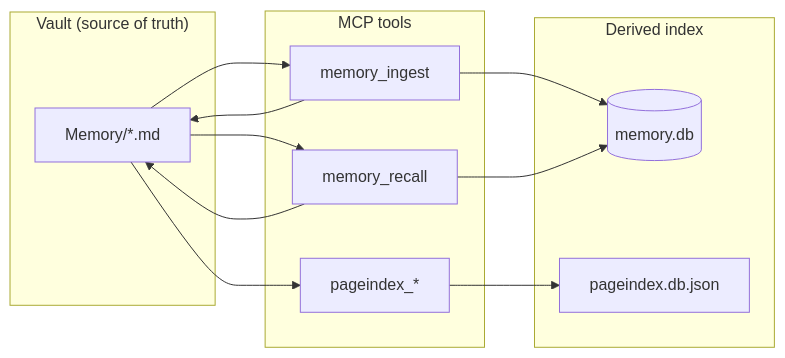
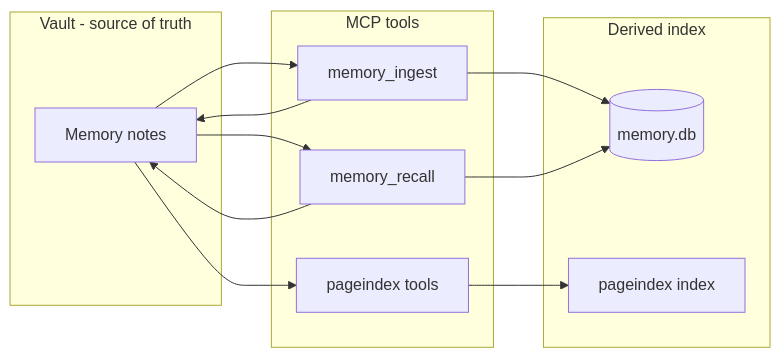
The diagram in website/src/app/learn/memory/page.mdx (danielsmithdevelopment/ClawQL), drawn with Mermaid before and after one commit.

Commit message:
fix(docs): simplify memory architecture mermaid diagram labels
Special characters in node labels (glob asterisk, quoted cylinder
syntax) caused Mermaid to fail under securityLevel strict. Match the
label style used on other learn pages that render successfully.

````diff
--- a/website/src/app/learn/memory/page.mdx
+++ b/website/src/app/learn/memory/page.mdx
@@ -51,23 +51,23 @@
 ```mermaid
 flowchart LR
-  subgraph vault["Vault (source of truth)"]
-    MD["Memory/*.md"]
+  subgraph vault [Vault - source of truth]
+    MD[Memory notes]
   end
-  subgraph tools["MCP tools"]
-    MI["memory_ingest"]
-    MR["memory_recall"]
-    PI["pageindex_*"]
+  subgraph tools [MCP tools]
+    MI[memory_ingest]
+    MR[memory_recall]
+    PI[pageindex tools]
   end
-  subgraph index["Derived index"]
-    DB[("memory.db")]
-    PIT["pageindex.db.json"]
+  subgraph index [Derived index]
+    DB[(memory.db)]
+    PIT[pageindex index]
   end
   MD --> MI
   MI --> MD
   MI --> DB
   MD --> MR
   MR --> DB
   MR --> MD
   MD --> PI
   PI --> PIT
 ```
````
